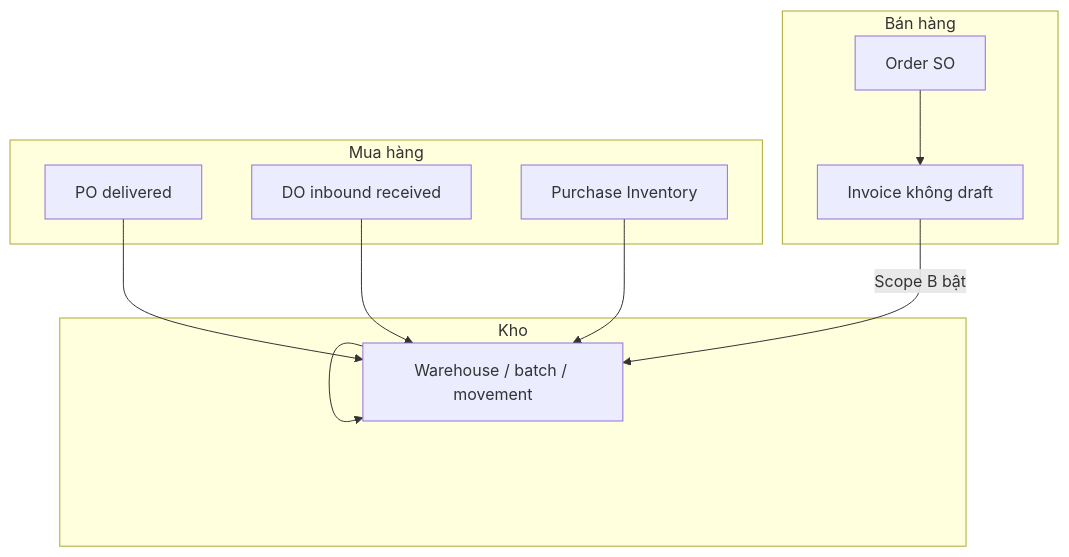
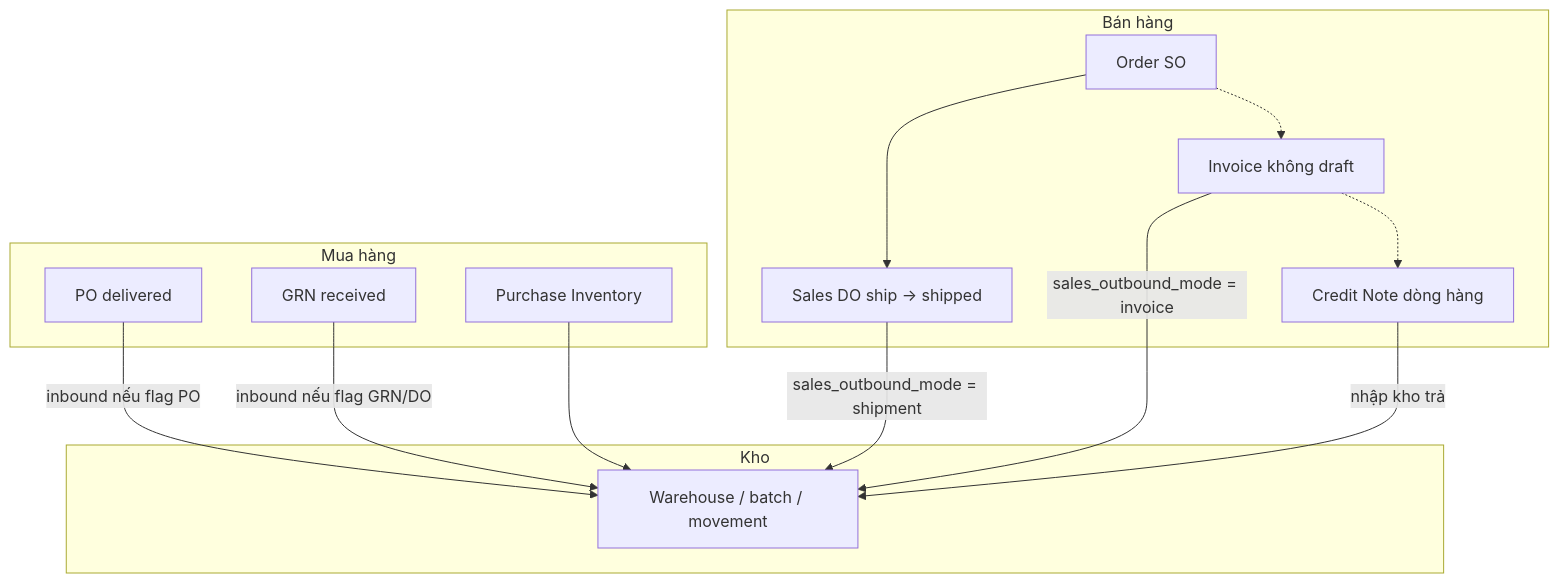
Before and after one commit to hoangphat5393/craveva: the diagram in FUNC_LOGIC/QUY_TRINH_PO_DO_SO_INVOICE_WAREHOUSE_VI.md, drawn with Mermaid. The commit also changed other lines of this file and 45 other files, not shown here.

````diff
--- a/FUNC_LOGIC/QUY_TRINH_PO_DO_SO_INVOICE_WAREHOUSE_VI.md
+++ b/FUNC_LOGIC/QUY_TRINH_PO_DO_SO_INVOICE_WAREHOUSE_VI.md
@@ -97,21 +110,26 @@
 ```mermaid
 flowchart TB
   subgraph mua [Mua hàng]
     PO[PO delivered]
-    DO[DO inbound received]
+    GRN[GRN received]
     INVADJ[Purchase Inventory]
   end
   subgraph kho [Kho]
     WH[Warehouse / batch / movement]
   end
   subgraph ban [Bán hàng]
     SO[Order SO]
+    SDO[Sales DO ship → shipped]
     INV[Invoice không draft]
+    CN[Credit Note dòng hàng]
   end
-  PO --> WH
-  DO --> WH
+  PO -->|"inbound nếu flag PO"| WH
+  GRN -->|"inbound nếu flag GRN/DO"| WH
   INVADJ --> WH
-  WH --> WH
-  SO --> INV
-  INV -->|"Scope B bật"| WH
+  SO --> SDO
+  SO -.-> INV
+  SDO -->|"sales_outbound_mode = shipment"| WH
+  INV -->|"sales_outbound_mode = invoice"| WH
+  INV -.-> CN
+  CN -->|"nhập kho trả"| WH
 ```
````
